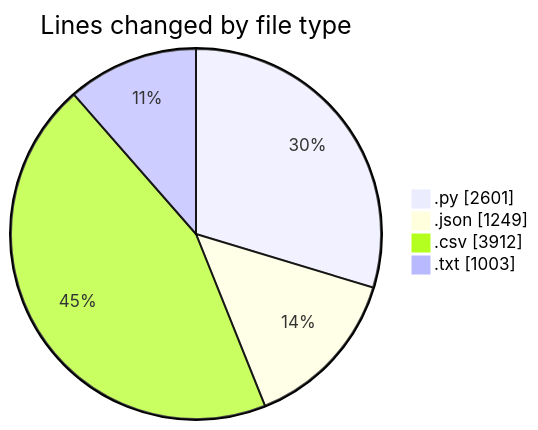
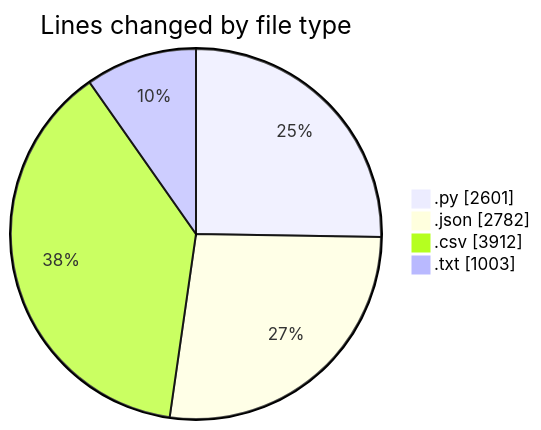
One commit to EIIisD/code-tracking changed the first of 2 diagrams in 2025-07-28/refunds/README.md. Above: the diagram before and after it, drawn with Mermaid. The commit also changed other lines of this file and 1 other file, not shown here.

````diff
--- a/2025-07-28/refunds/README.md
+++ b/2025-07-28/refunds/README.md
@@ -29,8 +29,8 @@
 ```mermaid
 pie showData
 title Lines changed by file type
 ".py" : 2601
-".json" : 1249
+".json" : 2782
 ".csv" : 3912
 ".txt" : 1003
 ```
````
